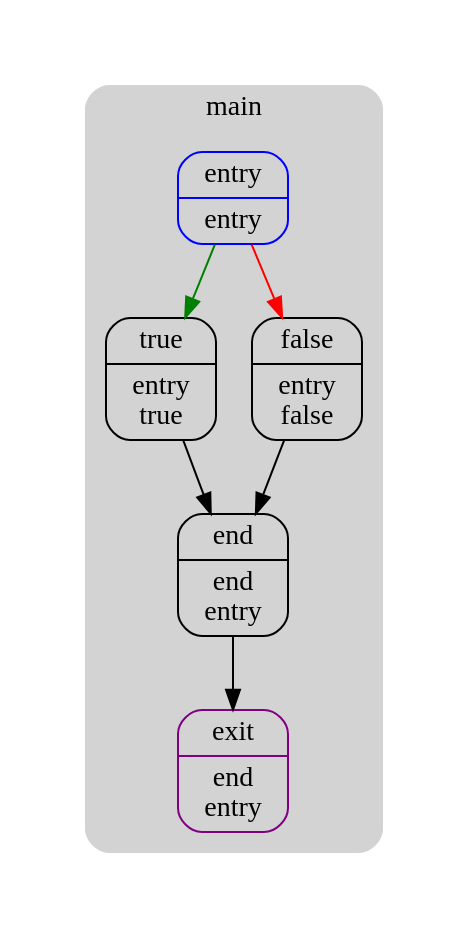
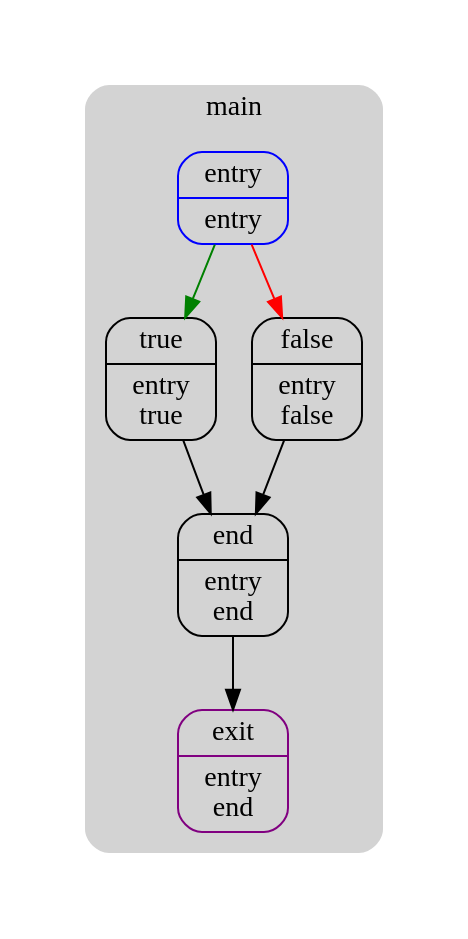
Before and after one commit to UnsignedByte/6120: the diagram in playground/branch.domsets.dot, drawn with Graphviz. The commit also changed 11 other files, not shown here.

Commit message:
make graphs again

```diff
--- a/playground/branch.domsets.dot
+++ b/playground/branch.domsets.dot
@@ -1,27 +1,27 @@
 digraph G {
   compound=true
   subgraph cluster_ {
     peripheries=0
     subgraph cluster_0_wrapper {
       peripheries=0
       margin=15
       subgraph cluster_0 {
         label="main"
         color=darkgray
         style=rounded
         bgcolor=lightgray
         margin=10
         cluster_0_0[label="{entry|entry}",shape=Mrecord,color=blue]
         cluster_0_1[label="{true|entry\ntrue}",shape=Mrecord,color=black]
         cluster_0_2[label="{false|entry\nfalse}",shape=Mrecord,color=black]
-        cluster_0_3[label="{end|end\nentry}",shape=Mrecord,color=black]
-        cluster_0_exit[label="{exit|end\nentry}",shape=Mrecord,color=purple]
+        cluster_0_3[label="{end|entry\nend}",shape=Mrecord,color=black]
+        cluster_0_exit[label="{exit|entry\nend}",shape=Mrecord,color=purple]
         cluster_0_0 -> cluster_0_1 [color=green]
         cluster_0_0 -> cluster_0_2 [color=red]
         cluster_0_1 -> cluster_0_3
         cluster_0_2 -> cluster_0_3
         cluster_0_3 -> cluster_0_exit [color=black]
       }
     }
   }
 }
```
